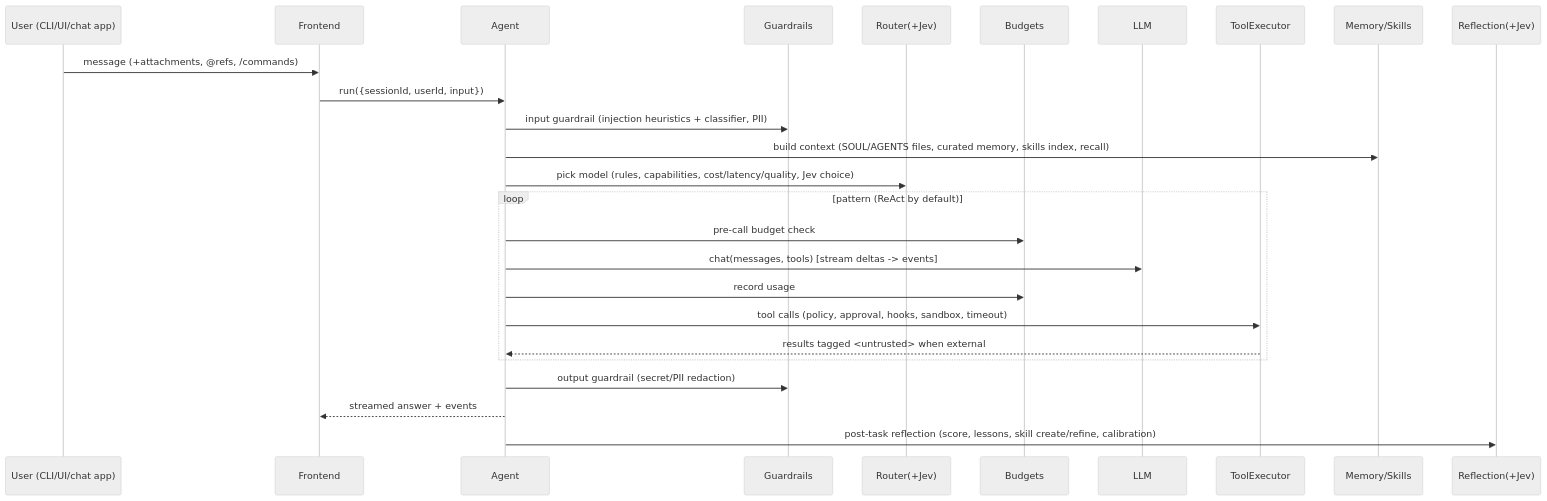
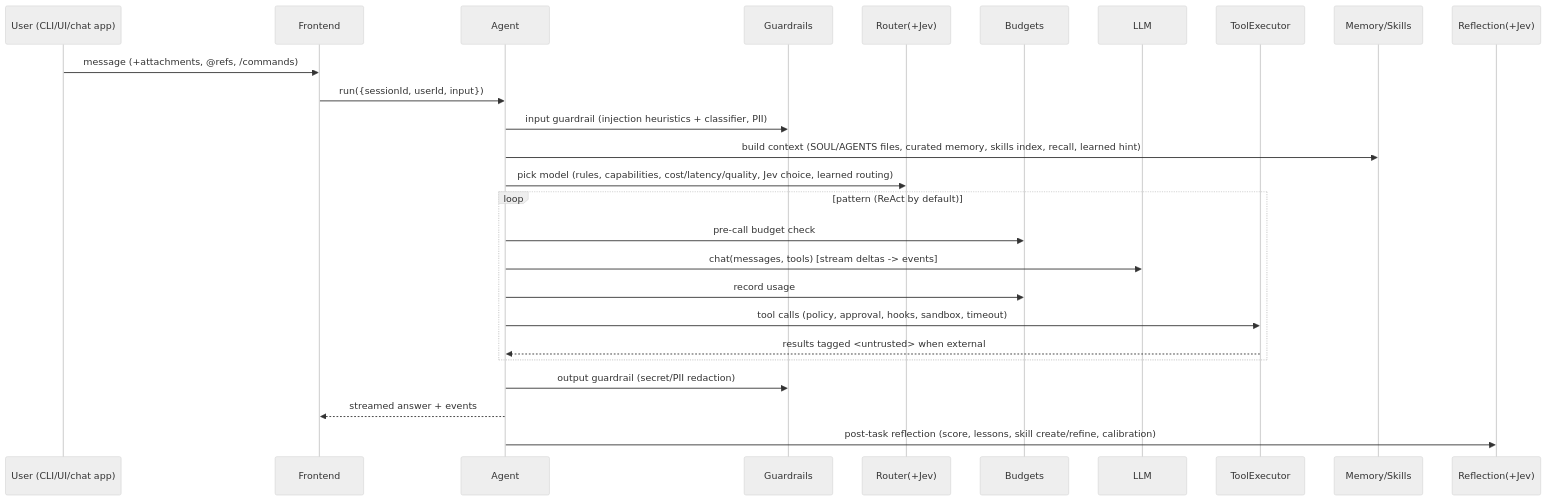
The second of 2 diagrams in docs/ARCHITECTURE.md (ms1963/mercury_agent), drawn with Mermaid (neutral theme) before and after one commit. The commit also changed other lines of this file and 3 other files, not shown here.

````diff
--- a/docs/ARCHITECTURE.md
+++ b/docs/ARCHITECTURE.md
@@ -115,28 +123,28 @@
 ```mermaid
 sequenceDiagram
   participant U as User (CLI/UI/chat app)
   participant F as Frontend
   participant A as Agent
   participant G as Guardrails
   participant R as Router(+Jev)
   participant B as Budgets
   participant L as LLM
   participant T as ToolExecutor
   participant M as Memory/Skills
   participant X as Reflection(+Jev)
   U->>F: message (+attachments, @refs, /commands)
   F->>A: run({sessionId, userId, input})
   A->>G: input guardrail (injection heuristics + classifier, PII)
-  A->>M: build context (SOUL/AGENTS files, curated memory, skills index, recall)
-  A->>R: pick model (rules, capabilities, cost/latency/quality, Jev choice)
+  A->>M: build context (SOUL/AGENTS files, curated memory, skills index, recall, learned hint)
+  A->>R: pick model (rules, capabilities, cost/latency/quality, Jev choice, learned routing)
   loop pattern (ReAct by default)
     A->>B: pre-call budget check
     A->>L: chat(messages, tools) [stream deltas -> events]
     A->>B: record usage
     A->>T: tool calls (policy, approval, hooks, sandbox, timeout)
     T-->>A: results tagged <untrusted> when external
   end
   A->>G: output guardrail (secret/PII redaction)
   A-->>F: streamed answer + events
   A->>X: post-task reflection (score, lessons, skill create/refine, calibration)
 ```
````
